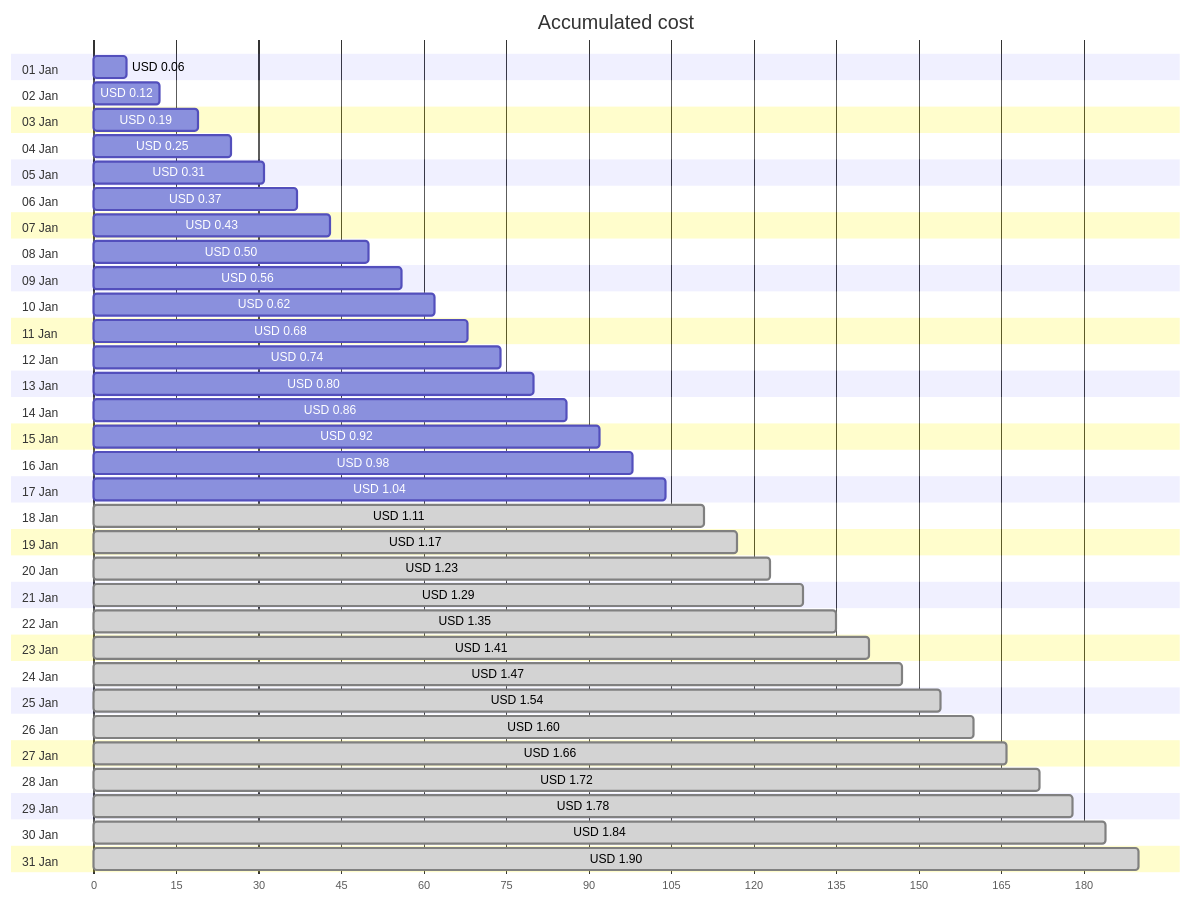
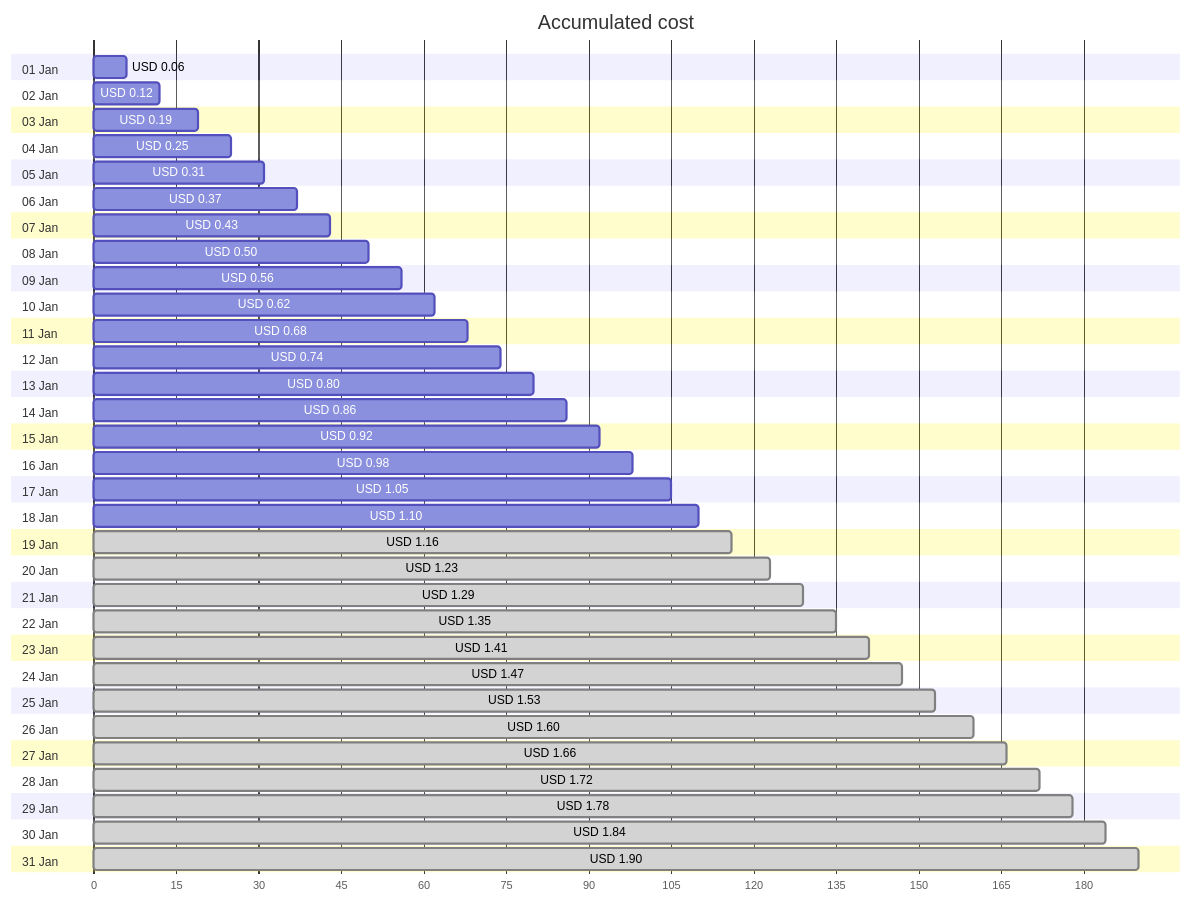
The first of 4 diagrams in cost-reports/personal-network/backup-server_OsDisk.md (jpfulton/azure-personal-reports), drawn with Mermaid before and after one commit. The commit also changed other lines of this file and 8 other files, not shown here.

````diff
--- a/cost-reports/personal-network/backup-server_OsDisk.md
+++ b/cost-reports/personal-network/backup-server_OsDisk.md
@@ -20,68 +20,68 @@
 ```mermaid
 gantt
    title Accumulated cost
    dateFormat  X
    axisFormat %s
    section 01 Jan
    USD 0.06 :0, 6
    section 02 Jan
    USD 0.12 :0, 12
    section 03 Jan
    USD 0.19 :0, 19
    section 04 Jan
    USD 0.25 :0, 25
    section 05 Jan
    USD 0.31 :0, 31
    section 06 Jan
    USD 0.37 :0, 37
    section 07 Jan
    USD 0.43 :0, 43
    section 08 Jan
    USD 0.50 :0, 50
    section 09 Jan
    USD 0.56 :0, 56
    section 10 Jan
    USD 0.62 :0, 62
    section 11 Jan
    USD 0.68 :0, 68
    section 12 Jan
    USD 0.74 :0, 74
    section 13 Jan
    USD 0.80 :0, 80
    section 14 Jan
    USD 0.86 :0, 86
    section 15 Jan
    USD 0.92 :0, 92
    section 16 Jan
    USD 0.98 :0, 98
    section 17 Jan
-   USD 1.04 :0, 104
+   USD 1.05 :0, 105
    section 18 Jan
-   USD 1.11 : done, 0, 111
+   USD 1.10 :0, 110
    section 19 Jan
-   USD 1.17 : done, 0, 117
+   USD 1.16 : done, 0, 116
    section 20 Jan
    USD 1.23 : done, 0, 123
    section 21 Jan
    USD 1.29 : done, 0, 129
    section 22 Jan
    USD 1.35 : done, 0, 135
    section 23 Jan
    USD 1.41 : done, 0, 141
    section 24 Jan
    USD 1.47 : done, 0, 147
    section 25 Jan
-   USD 1.54 : done, 0, 154
+   USD 1.53 : done, 0, 153
    section 26 Jan
    USD 1.60 : done, 0, 160
    section 27 Jan
    USD 1.66 : done, 0, 166
    section 28 Jan
    USD 1.72 : done, 0, 172
    section 29 Jan
    USD 1.78 : done, 0, 178
    section 30 Jan
    USD 1.84 : done, 0, 184
    section 31 Jan
    USD 1.90 : done, 0, 190
 ```
````
